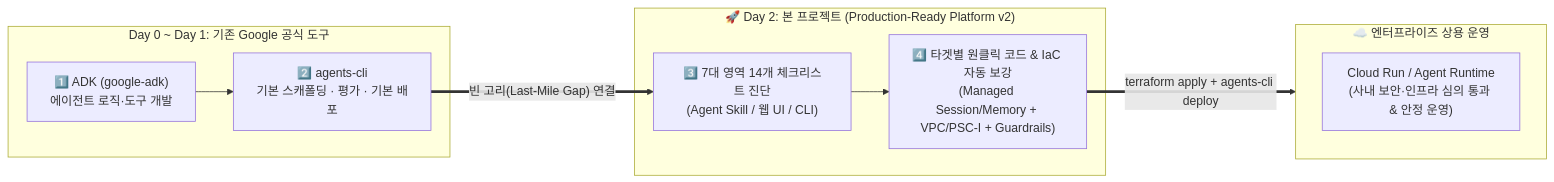
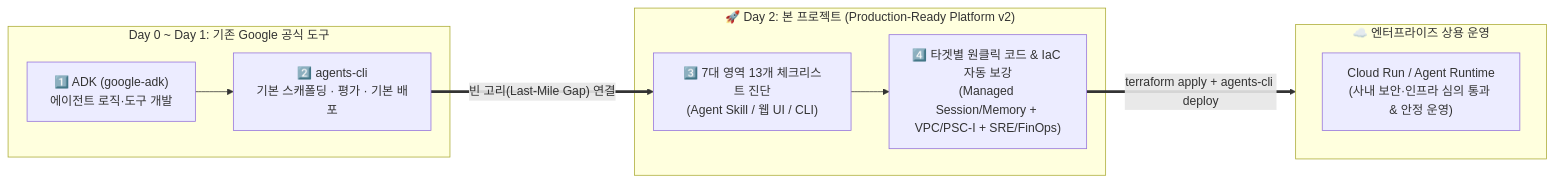
The diagram in README.md (kiwonilee/production-ready-agent-platform), drawn with Mermaid before and after one commit. The commit also changed other lines of this file and 17 other files, not shown here.

````diff
--- a/README.md
+++ b/README.md
@@ -35,21 +35,21 @@
 ```mermaid
 flowchart LR
     subgraph Day0_1["Day 0 ~ Day 1: 기존 Google 공식 도구"]
         ADK["1️⃣ ADK (google-adk)<br/>에이전트 로직·도구 개발"]
         ACLI["2️⃣ agents-cli<br/>기본 스캐폴딩 · 평가 · 기본 배포"]
         ADK --> ACLI
     end
 
     subgraph OurProject["🚀 Day 2: 본 프로젝트 (Production-Ready Platform v2)"]
-        Check["3️⃣ 7대 영역 14개 체크리스트 진단<br/>(Agent Skill / 웹 UI / CLI)"]
-        Patch["4️⃣ 타겟별 원클릭 코드 & IaC 자동 보강<br/>(Managed Session/Memory + VPC/PSC-I + Guardrails)"]
+        Check["3️⃣ 7대 영역 13개 체크리스트 진단<br/>(Agent Skill / 웹 UI / CLI)"]
+        Patch["4️⃣ 타겟별 원클릭 코드 & IaC 자동 보강<br/>(Managed Session/Memory + VPC/PSC-I + SRE/FinOps)"]
         Check --> Patch
     end
 
     subgraph Prod["☁️ 엔터프라이즈 상용 운영"]
         CR["Cloud Run / Agent Runtime<br/>(사내 보안·인프라 심의 통과 & 안정 운영)"]
     end
 
     ACLI ==>|"빈 고리(Last-Mile Gap) 연결"| Check
     Patch ==>|"terraform apply + agents-cli deploy"| Prod
 ```
````
